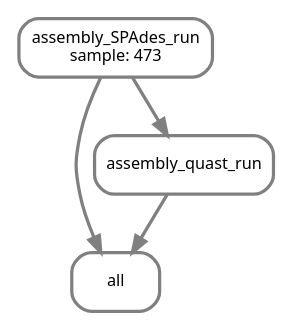
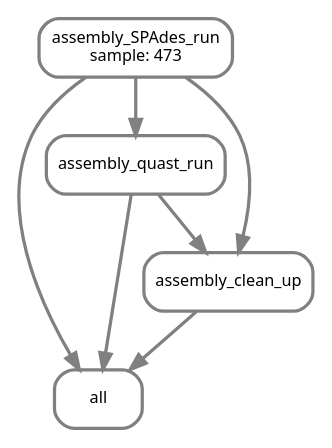
Before and after one commit to vdblab/vdblab-shotgun: the diagram in images/assembly_dag.dot, drawn with Graphviz. The commit also changed 13 other files, not shown here.

```diff
--- a/images/assembly_dag.dot
+++ b/images/assembly_dag.dot
@@ -1,11 +1,15 @@
 digraph snakemake_dag {
     graph[bgcolor=white, margin=0];
     node[shape=box, style=rounded, fontname=sans,                 fontsize=10, penwidth=2];
     edge[penwidth=2, color=grey];
 	0[label = "all", color = "grey", style="rounded"];
 	1[label = "assembly_SPAdes_run\nsample: 473", color = "grey", style="rounded"];
 	2[label = "assembly_quast_run", color = "grey", style="rounded"];
+	3[label = "assembly_clean_up", color = "grey", style="rounded"];
 	1 -> 0
 	2 -> 0
+	3 -> 0
 	1 -> 2
+	2 -> 3
+	1 -> 3
 }            
```
